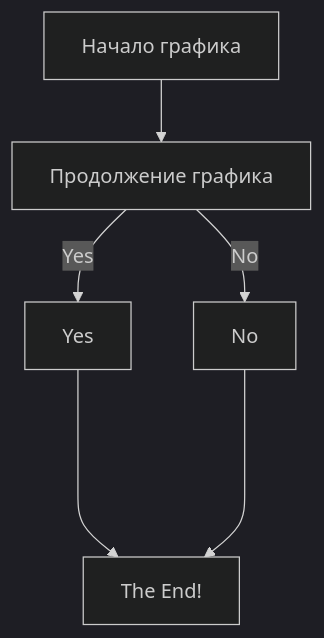
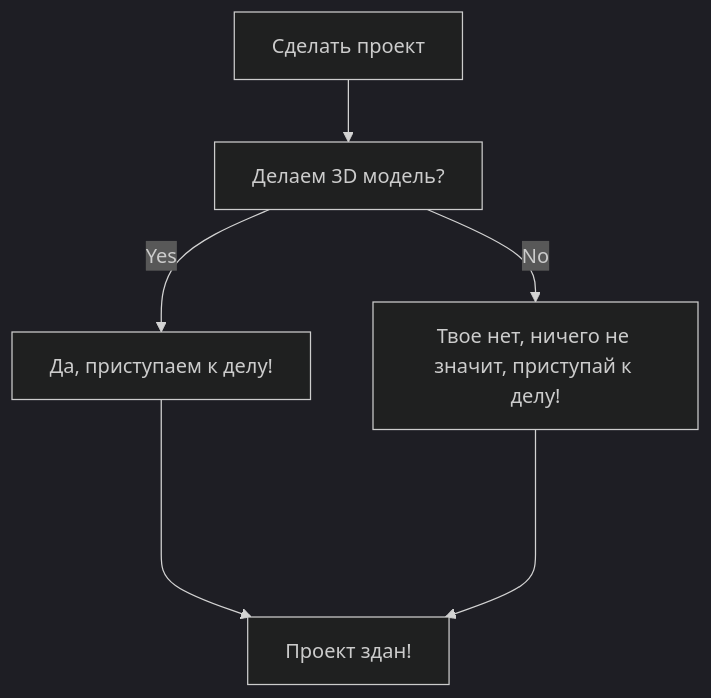
The diagram in README.md (SergeyK28/Radio), drawn with Mermaid (dark theme) before and after one commit.

````diff
--- a/README.md
+++ b/README.md
@@ -14,8 +14,8 @@
 ```mermaid
 flowchart TD
- A[Начало графика] --> B[Продолжение графика];
-B -- Yes --> C[Yes]
-B -- No --> D[No]
-C ----> E[The End!]
-D ----> E[The End!]
+ A[Сделать проект] --> B[Делаем 3D модель?];
+B -- Yes --> C[Да, приступаем к делу!]
+B -- No --> D[Твое нет, ничего не значит, приступай к делу!]
+C ----> E[Проект здан!]
+D ----> E[Проект здан!]
 ```
````
